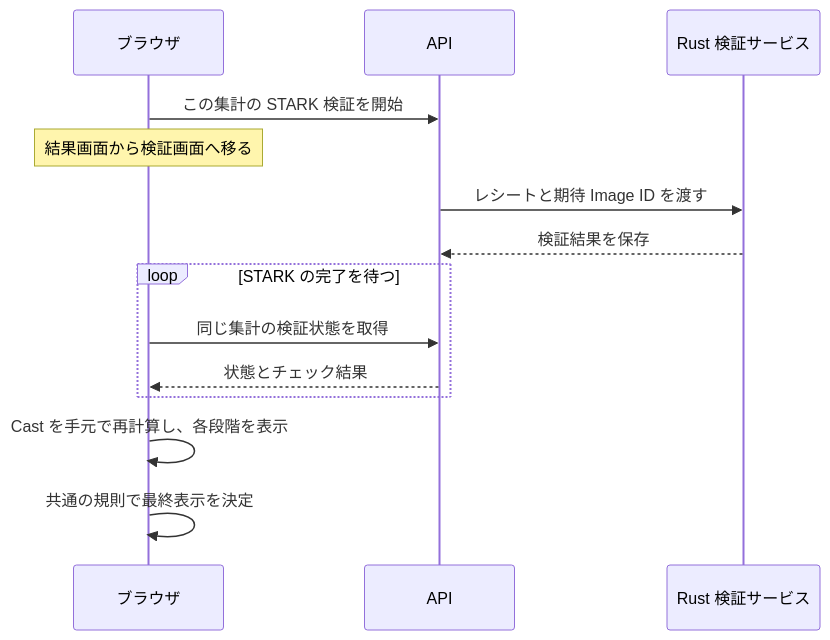
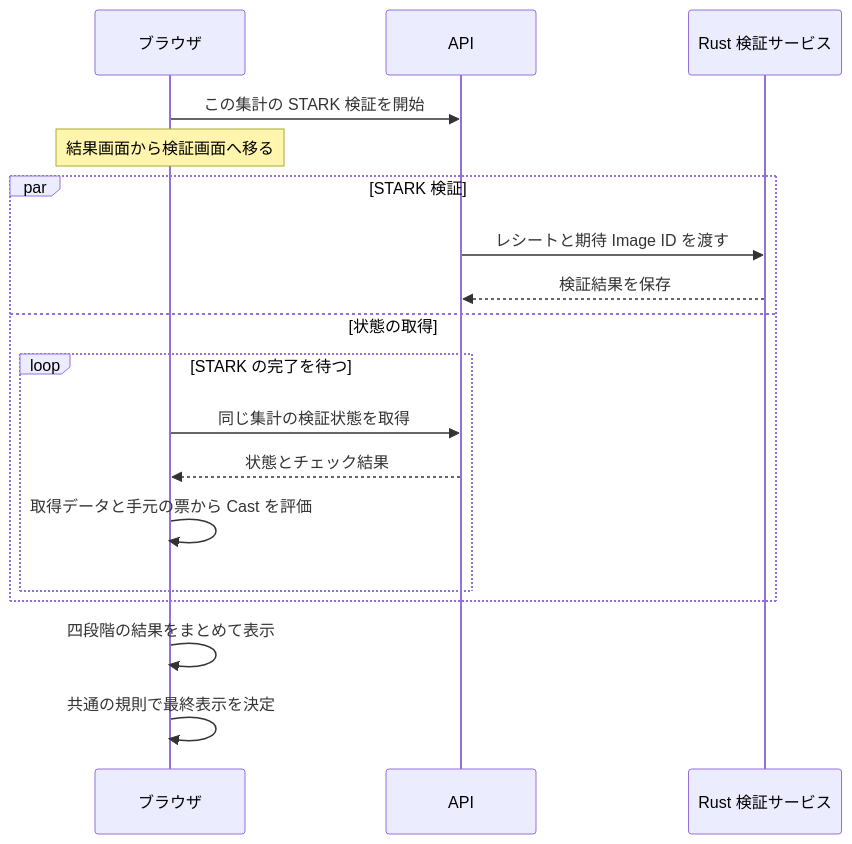
Before and after one commit to hwatanabe-jp/stark-ballot-simulator-public: the diagram in public-book/src/verification/design-and-flow.md, drawn with Mermaid. The commit also changed other lines of this file and 835 other files, not shown here.

````diff
--- a/public-book/src/verification/design-and-flow.md
+++ b/public-book/src/verification/design-and-flow.md
@@ -21,16 +21,20 @@
 ```mermaid
 sequenceDiagram
   participant B as ブラウザ
   participant A as API
   participant R as Rust 検証サービス
   B->>A: この集計の STARK 検証を開始
   Note over B: 結果画面から検証画面へ移る
-  A->>R: レシートと期待 Image ID を渡す
-  R-->>A: 検証結果を保存
-  loop STARK の完了を待つ
-    B->>A: 同じ集計の検証状態を取得
-    A-->>B: 状態とチェック結果
+  par STARK 検証
+    A->>R: レシートと期待 Image ID を渡す
+    R-->>A: 検証結果を保存
+  and 状態の取得
+    loop STARK の完了を待つ
+      B->>A: 同じ集計の検証状態を取得
+      A-->>B: 状態とチェック結果
+      B->>B: 取得データと手元の票から Cast を評価
+    end
   end
-  B->>B: Cast を手元で再計算し、各段階を表示
+  B->>B: 四段階の結果をまとめて表示
   B->>B: 共通の規則で最終表示を決定
 ```
````
